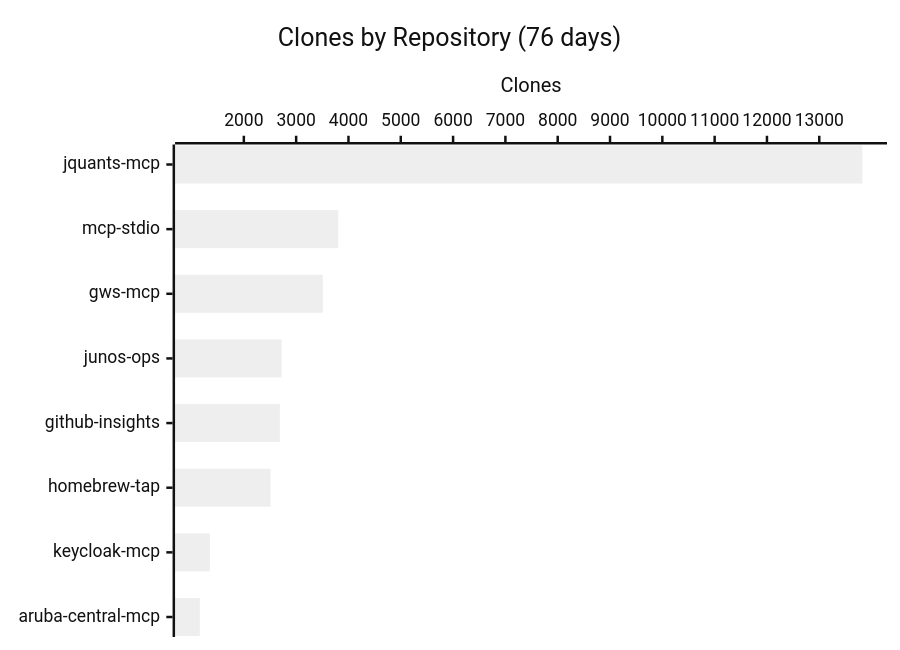
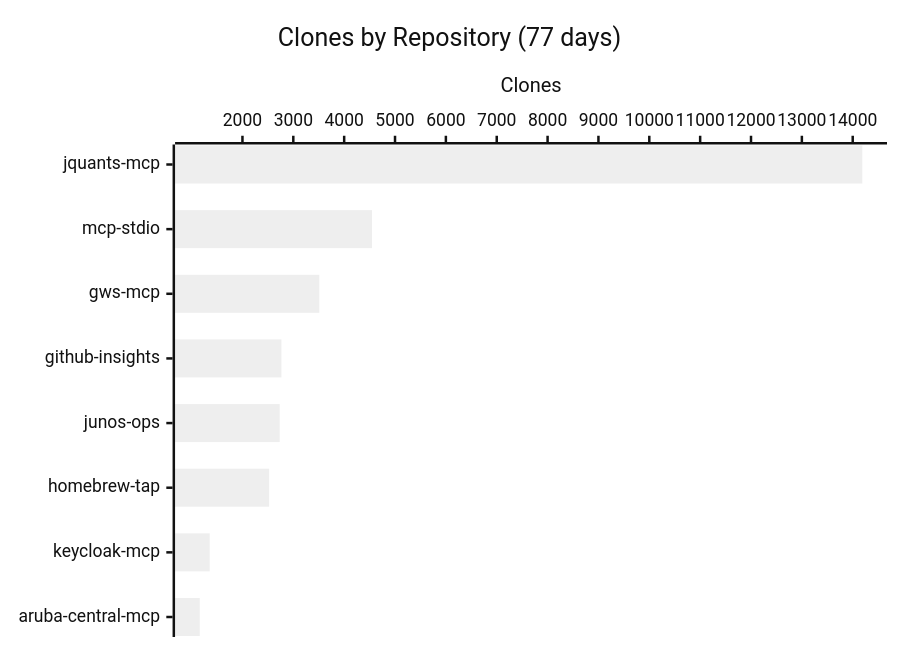
One commit to shigechika/github-insights changed the third of 3 diagrams in README.md. Above: the diagram before and after it, drawn with Mermaid (neutral theme). The commit also changed other lines of this file and 2 other files, not shown here.

````diff
--- a/README.md
+++ b/README.md
@@ -43,7 +43,7 @@
 ```mermaid
 xychart-beta horizontal
-    title "Clones by Repository (76 days)"
-    x-axis ["jquants-mcp", "mcp-stdio", "gws-mcp", "junos-ops", "github-insights", "homebrew-tap", "keycloak-mcp", "aruba-central-mcp"]
+    title "Clones by Repository (77 days)"
+    x-axis ["jquants-mcp", "mcp-stdio", "gws-mcp", "github-insights", "junos-ops", "homebrew-tap", "keycloak-mcp", "aruba-central-mcp"]
     y-axis "Clones"
-    bar [13823, 3805, 3510, 2724, 2689, 2511, 1350, 1157]
+    bar [14189, 4547, 3511, 2766, 2732, 2525, 1356, 1160]
 ```
````
